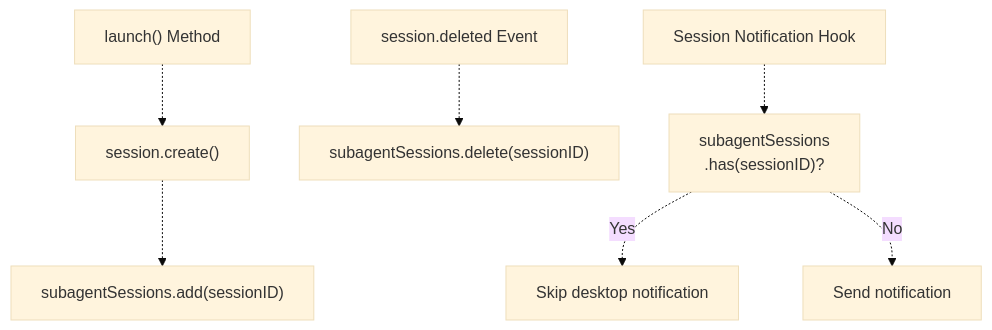
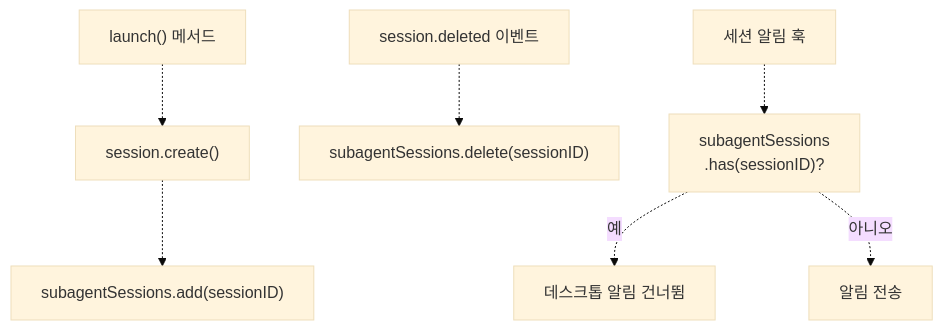
One commit to felipetruman/oh-my-opencode-docs changed the eighth of 8 diagrams in docs/background-execution/background-manager.md. Above: the diagram before and after it, drawn with Mermaid (base theme). The commit also changed other lines of this file and 76 other files, not shown here.

````diff
--- a/docs/background-execution/background-manager.md
+++ b/docs/background-execution/background-manager.md
@@ -380,20 +380,20 @@
 ```mermaid
 flowchart TD
 
-Launch["launch() Method"]
+Launch["launch() 메서드"]
 CreateSession["session.create()"]
 AddToSet["subagentSessions.add(sessionID)"]
-SessionDeleted["session.deleted Event"]
+SessionDeleted["session.deleted 이벤트"]
 RemoveFromSet["subagentSessions.delete(sessionID)"]
-SessionNotification["Session Notification Hook"]
+SessionNotification["세션 알림 훅"]
 CheckSet["subagentSessions<br>.has(sessionID)?"]
-SkipNotif["Skip desktop notification"]
-SendNotif["Send notification"]
+SkipNotif["데스크톱 알림 건너뜀"]
+SendNotif["알림 전송"]
 
 Launch -.-> CreateSession
 CreateSession -.-> AddToSet
 SessionDeleted -.-> RemoveFromSet
 SessionNotification -.-> CheckSet
-CheckSet -.->|"Yes"| SkipNotif
-CheckSet -.->|"No"| SendNotif
+CheckSet -.->|"예"| SkipNotif
+CheckSet -.->|"아니오"| SendNotif
 ```
````
